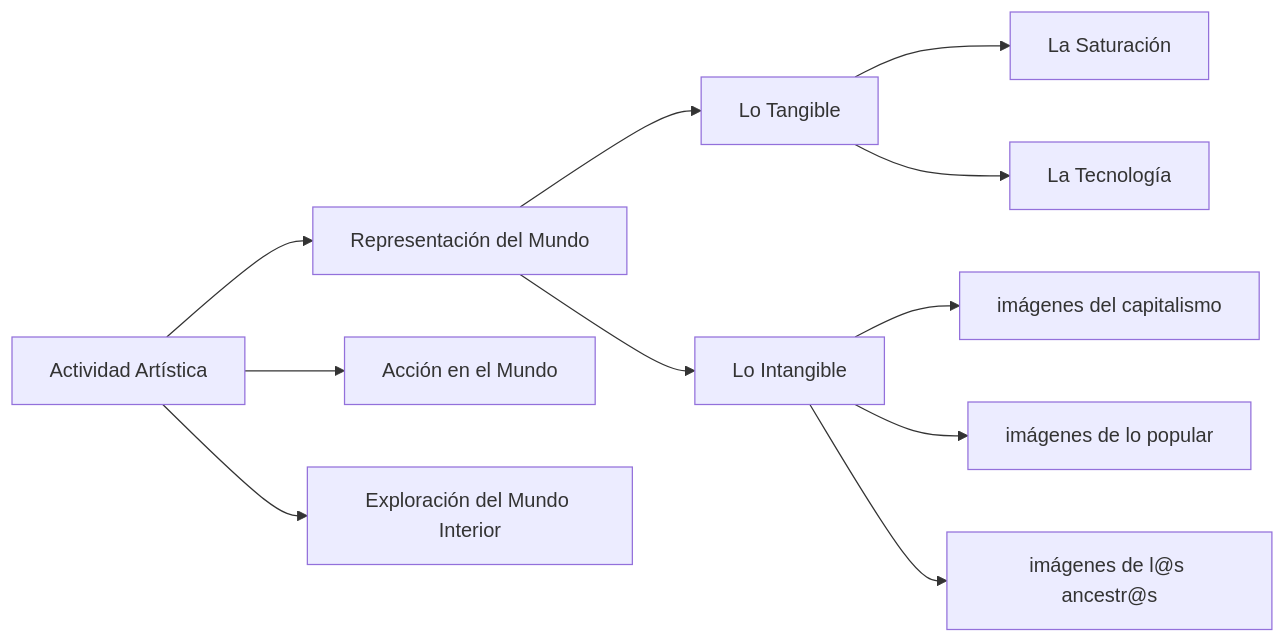
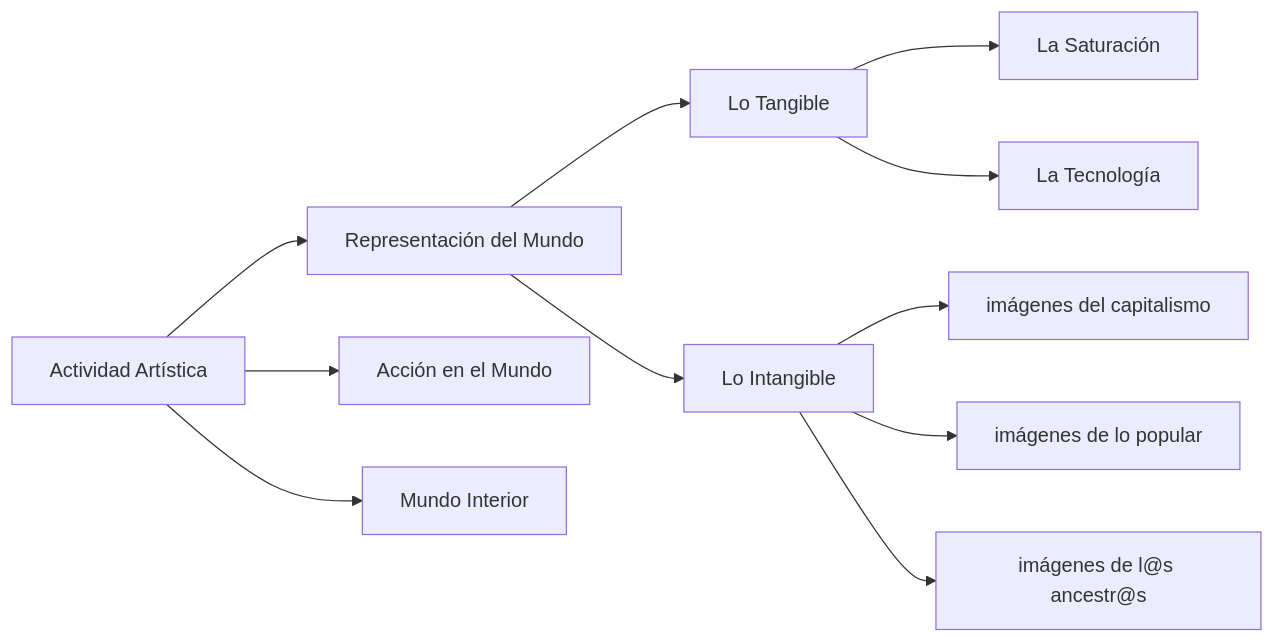
The diagram in ES/mundo-exterior.md (EGGS-Artesvisuales/EGGS-Artesvisuales.github.io), drawn with Mermaid before and after one commit.

```diff
--- a/ES/mundo-exterior.md
+++ b/ES/mundo-exterior.md
@@ -12,38 +12,38 @@
 <div class="mermaid">
 graph LR
     principal[Actividad Artística]
     representacion[Representación del Mundo]
     accion[Acción en el Mundo]
-    interior[Exploración del Mundo Interior]
+    interior[Mundo Interior]
 
     principal --> representacion
     principal --> accion
     principal --> interior
 
     representacion --> tangible[Lo Tangible]
     representacion --> intangible[Lo Intangible]
 
     tangible --> saturacion[La Saturación]
     tangible --> tecnologia[La Tecnología]
 
     intangible --> capitalismo[imágenes del capitalismo]
     intangible --> popular[imágenes de lo popular]
     intangible --> ancestrales[imágenes de l@s ancestr@s]
 
     click principal "/ES/index.html" "Ir al Inicio"
     click representacion "/ES/mundo-exterior.html" "Ir a Representación del Mundo"
     click tangible "/ES/tangible.html" "Ir a Lo Tangible"
     click intangible "/ES/intangible.html" "Ir a Lo Intangible"
 
     click accion "/ES/accion.html" "Ir a Acción en el Mundo"
     click interior "/ES/interior.html" "Ir a Exploración del Mundo Interior"
 
     click saturacion "/ES/saturacion.html" "Ir a La Saturación"
     click tecnologia "/ES/tecnologia.html" "Ir a La Tecnología"
     click capitalismo "/ES/capitalismo.html" "Ir a i. del capitalismo"
     click popular "/ES/popular.html" "Ir a i. de lo popular"
     click ancestrales "/ES/ancestros.html" "Ir a i. de l@s ancestr@s"
 
 
 
 </div>
```
